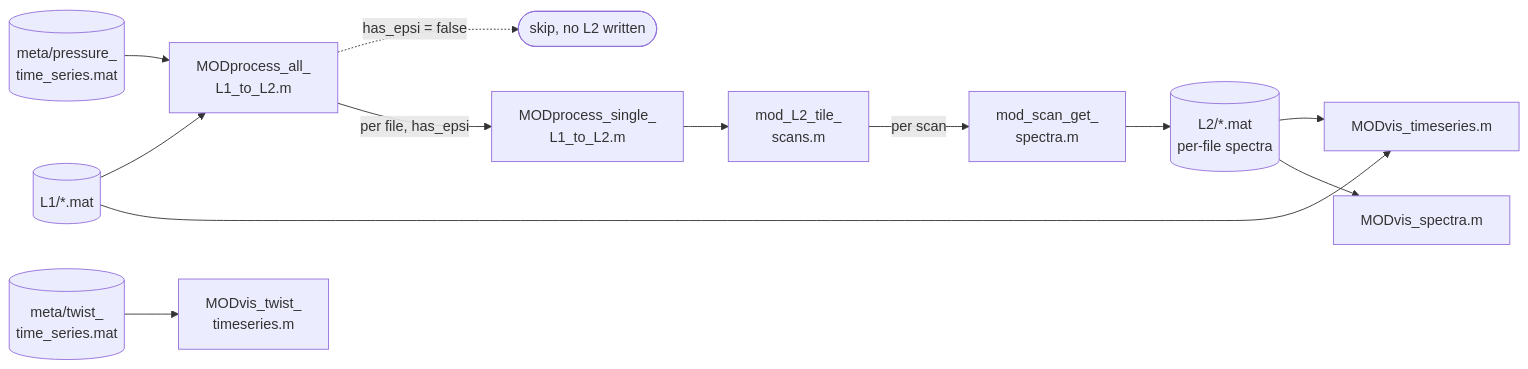
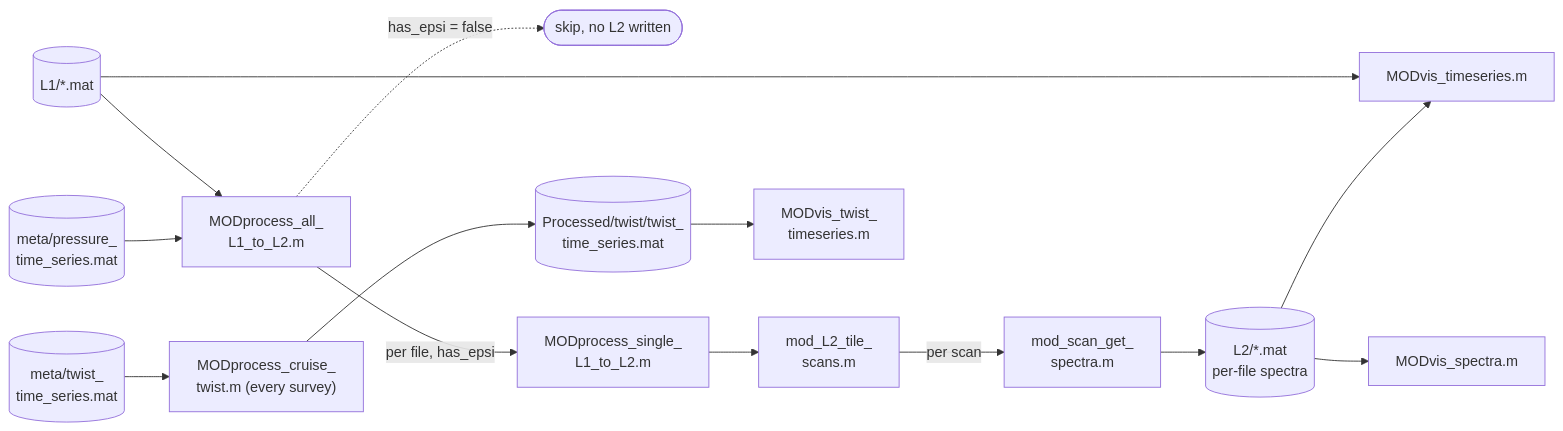
Before and after one commit to nicolecouto/MOD_fish_processing: the second of 4 diagrams in docs/workflow/pipeline_overview.md, drawn with Mermaid. The commit also changed other lines of this file and 18 other files, not shown here.

First line of the commit message:
Cruise twist count: every survey joined at 1 s, restarting at spool changes

````diff
--- a/docs/workflow/pipeline_overview.md
+++ b/docs/workflow/pipeline_overview.md
@@ -110,19 +111,21 @@
 ```mermaid
 flowchart LR
   L1OUT[("L1/*.mat")]
   PTSOUT[("meta/pressure_<br/>time_series.mat")]
   TWISTOUT[("meta/twist_<br/>time_series.mat")]
 
   L1OUT --> L2ALL["MODprocess_all_<br/>L1_to_L2.m"]
   PTSOUT --> L2ALL
   L2ALL -.->|"has_epsi = false"| SKIP(["skip, no L2 written"])
   L2ALL -->|per file, has_epsi| L2ONE["MODprocess_single_<br/>L1_to_L2.m"]
   L2ONE --> TILE["mod_L2_tile_<br/>scans.m"]
   TILE -->|per scan| SPEC["mod_scan_get_<br/>spectra.m"]
   SPEC --> L2OUT[("L2/*.mat<br/>per-file spectra")]
 
   L1OUT --> VIS1["MODvis_timeseries.m"]
   L2OUT --> VIS1
   L2OUT --> VIS2["MODvis_spectra.m"]
-  TWISTOUT --> VIS3["MODvis_twist_<br/>timeseries.m"]
+  TWISTOUT --> CRUISE["MODprocess_cruise_<br/>twist.m (every survey)"]
+  CRUISE --> CRUISEOUT[("Processed/twist/twist_<br/>time_series.mat")]
+  CRUISEOUT --> VIS3["MODvis_twist_<br/>timeseries.m"]
 ```
````
